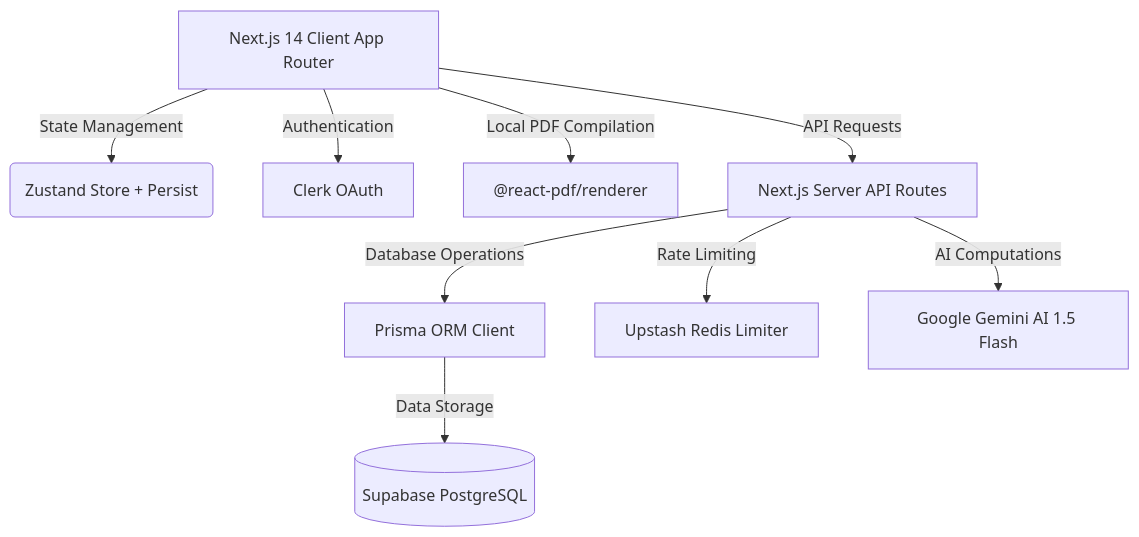
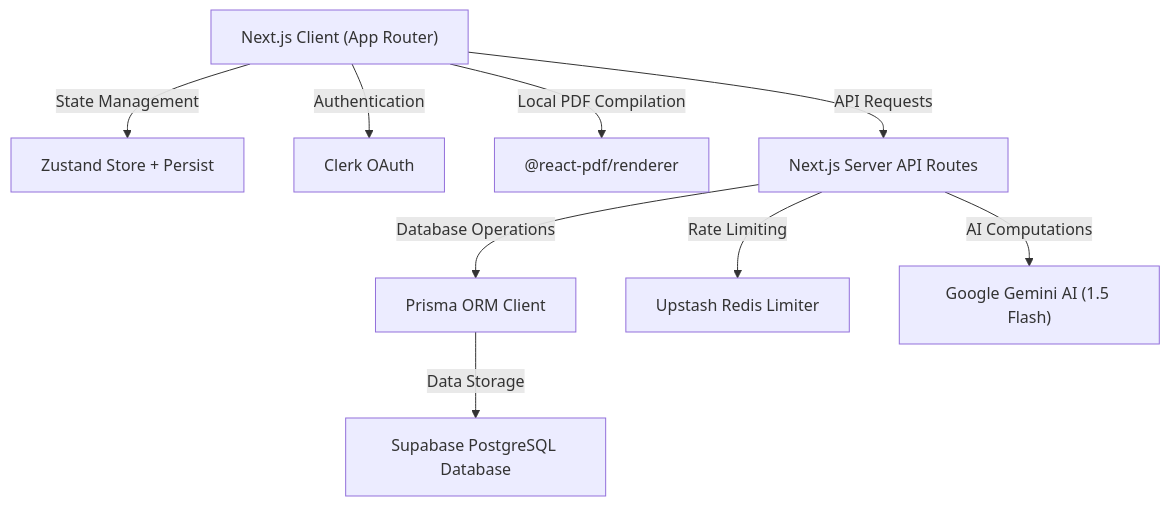
One commit to PuneethPeela/ai-resume-builder changed the diagram in README.md. Above: the diagram before and after it, drawn with Mermaid. The commit also changed 3 other files, not shown here.

Commit message:
feat: implement transparent Pricing tiers, Loved by Job Seekers infinite scroll testimonial carousel, and fix README Mermaid diagram rendering syntax

````diff
--- a/README.md
+++ b/README.md
@@ -50,13 +50,13 @@
 ```mermaid
 graph TD
-    A[Next.js 14 Client App Router] -->|State Management| B(Zustand Store + Persist)
-    A -->|Authentication| C[Clerk OAuth]
+    A["Next.js Client (App Router)"] -->|State Management| B["Zustand Store + Persist"]
+    A -->|Authentication| C["Clerk OAuth"]
     A -->|Local PDF Compilation| D["@react-pdf/renderer"]
     
-    A -->|API Requests| E[Next.js Server API Routes]
-    E -->|Database Operations| F[Prisma ORM Client]
-    E -->|Rate Limiting| G[Upstash Redis Limiter]
-    E -->|AI Computations| H[Google Gemini AI 1.5 Flash]
+    A -->|API Requests| E["Next.js Server API Routes"]
+    E -->|Database Operations| F["Prisma ORM Client"]
+    E -->|Rate Limiting| G["Upstash Redis Limiter"]
+    E -->|AI Computations| H["Google Gemini AI (1.5 Flash)"]
     
-    F -->|Data Storage| I[(Supabase PostgreSQL)]
+    F -->|Data Storage| I["Supabase PostgreSQL Database"]
 ```
````
